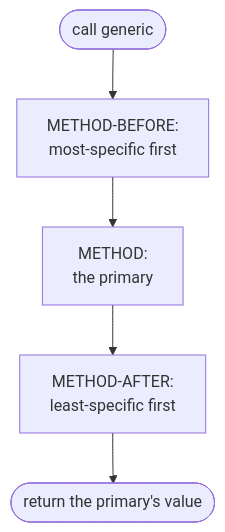
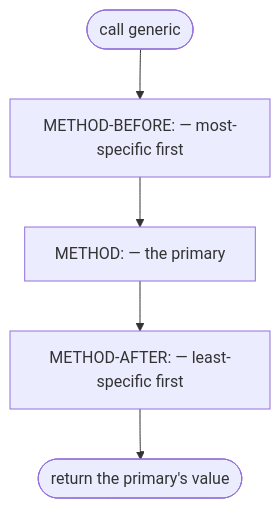
One commit to albanread/FactorForth changed the fourth of 8 diagrams in release/factorforth/docs/coreprotocols.md. Above: the diagram before and after it, drawn with Mermaid. The commit also changed other lines of this file, not shown here.

First line of the commit message:
docs: fix literal <br/> in CoreProtocols Mermaid labels

````diff
--- a/release/factorforth/docs/coreprotocols.md
+++ b/release/factorforth/docs/coreprotocols.md
@@ -101,7 +101,7 @@
 ```mermaid
 flowchart TB
-    Start([call generic]) --> B["METHOD-BEFORE:<br/>most-specific first"]
-    B --> P["METHOD:<br/>the primary"]
-    P --> A["METHOD-AFTER:<br/>least-specific first"]
+    Start([call generic]) --> B["METHOD-BEFORE: — most-specific first"]
+    B --> P["METHOD: — the primary"]
+    P --> A["METHOD-AFTER: — least-specific first"]
     A --> R([return the primary's value])
 ```
````
